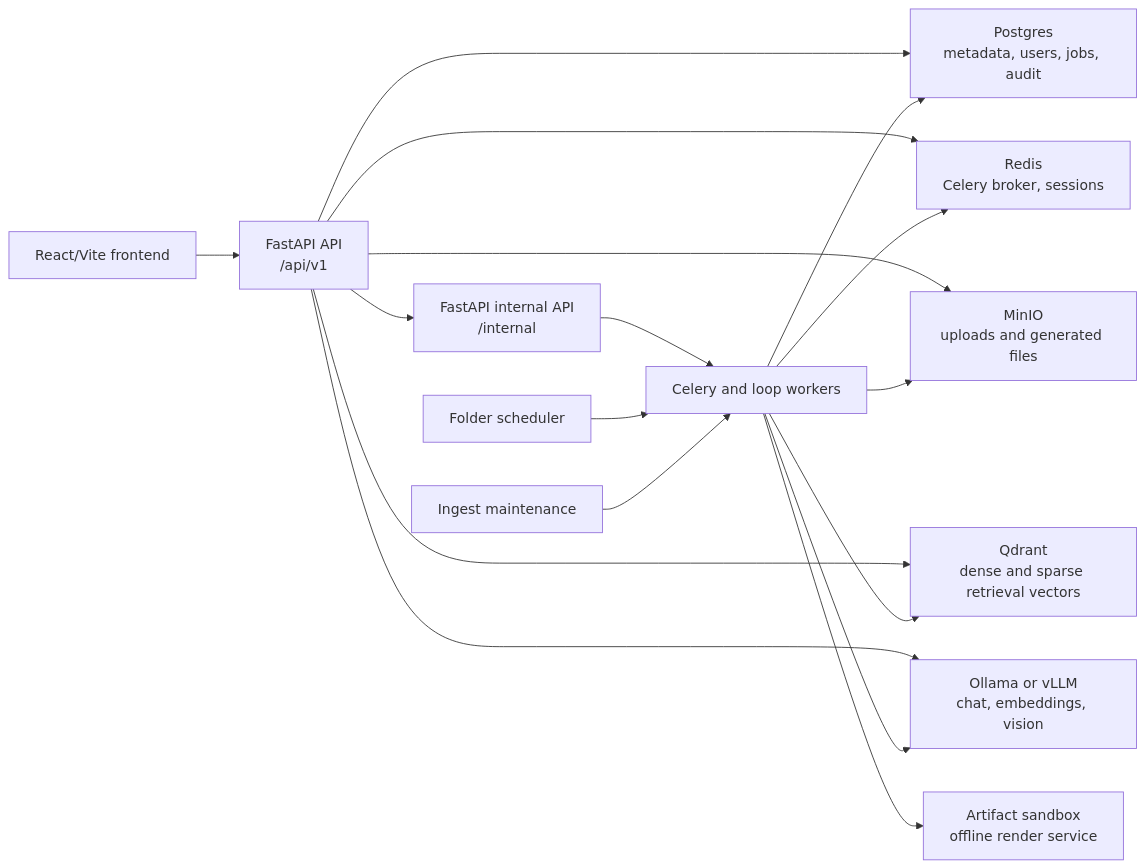
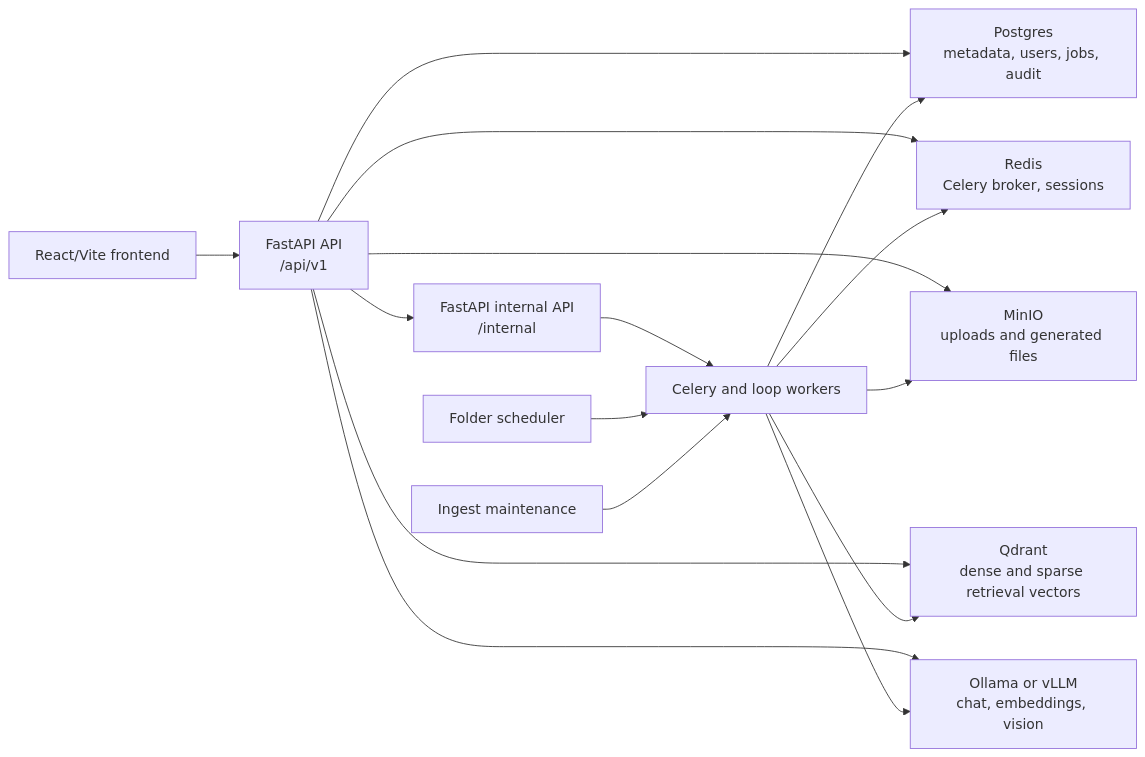
Before and after one commit to TouqeerShahid951/EnterpriseRAG: the first of 3 diagrams in design.md, drawn with Mermaid. The commit also changed other lines of this file and 261 other files, not shown here.

````diff
--- a/design.md
+++ b/design.md
@@ -31,22 +31,21 @@
 ```mermaid
 flowchart LR
     Browser["React/Vite frontend"] --> API["FastAPI API<br/>/api/v1"]
     API --> Postgres["Postgres<br/>metadata, users, jobs, audit"]
     API --> Redis["Redis<br/>Celery broker, sessions"]
     API --> MinIO["MinIO<br/>uploads and generated files"]
     API --> Qdrant["Qdrant<br/>dense and sparse retrieval vectors"]
     API --> Models["Ollama or vLLM<br/>chat, embeddings, vision"]
 
     API --> Internal["FastAPI internal API<br/>/internal"]
     Internal --> Workers["Celery and loop workers"]
 
     Workers --> Postgres
     Workers --> Redis
     Workers --> MinIO
     Workers --> Qdrant
     Workers --> Models
 
-    Workers --> Sandbox["Artifact sandbox<br/>offline render service"]
     Scheduler["Folder scheduler"] --> Workers
     Maintenance["Ingest maintenance"] --> Workers
 ```
````
